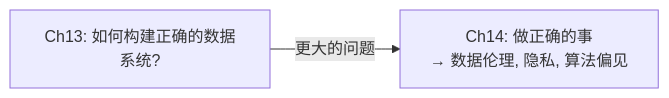
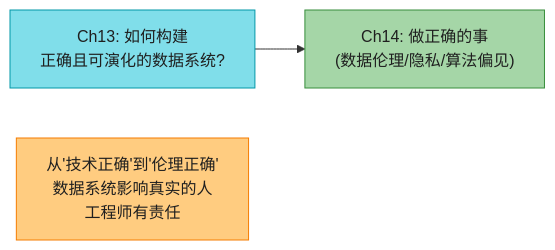
Before and after one commit to socoo123/ddia_2nd: diagram 15 of 15 in ch13-流系统的哲学.md, drawn with Mermaid. The commit also changed other lines of this file and 5 other files, not shown here.

````diff
--- a/ch13-流系统的哲学.md
+++ b/ch13-流系统的哲学.md
@@ -225,5 +828,9 @@
 ```mermaid
-graph LR
-    CH13["Ch13: 如何构建正确的数据系统?"]
-    CH13 -->|"更大的问题"| CH14["Ch14: 做正确的事<br/>→ 数据伦理, 隐私, 算法偏见"]
+flowchart LR
+    CH13["Ch13: 如何构建<br/>正确且可演化的数据系统?"] --> CH14["Ch14: 做正确的事<br/>(数据伦理/隐私/算法偏见)"]
+    NOTE["从'技术正确'到'伦理正确'<br/>数据系统影响真实的人<br/>工程师有责任"]
+
+    style CH13 fill:#80DEEA,stroke:#0097A7,color:#1f1f1f
+    style CH14 fill:#A5D6A7,stroke:#388E3C,color:#1f1f1f
+    style NOTE fill:#FFCC80,stroke:#F57C00,color:#1f1f1f
 ```
````
